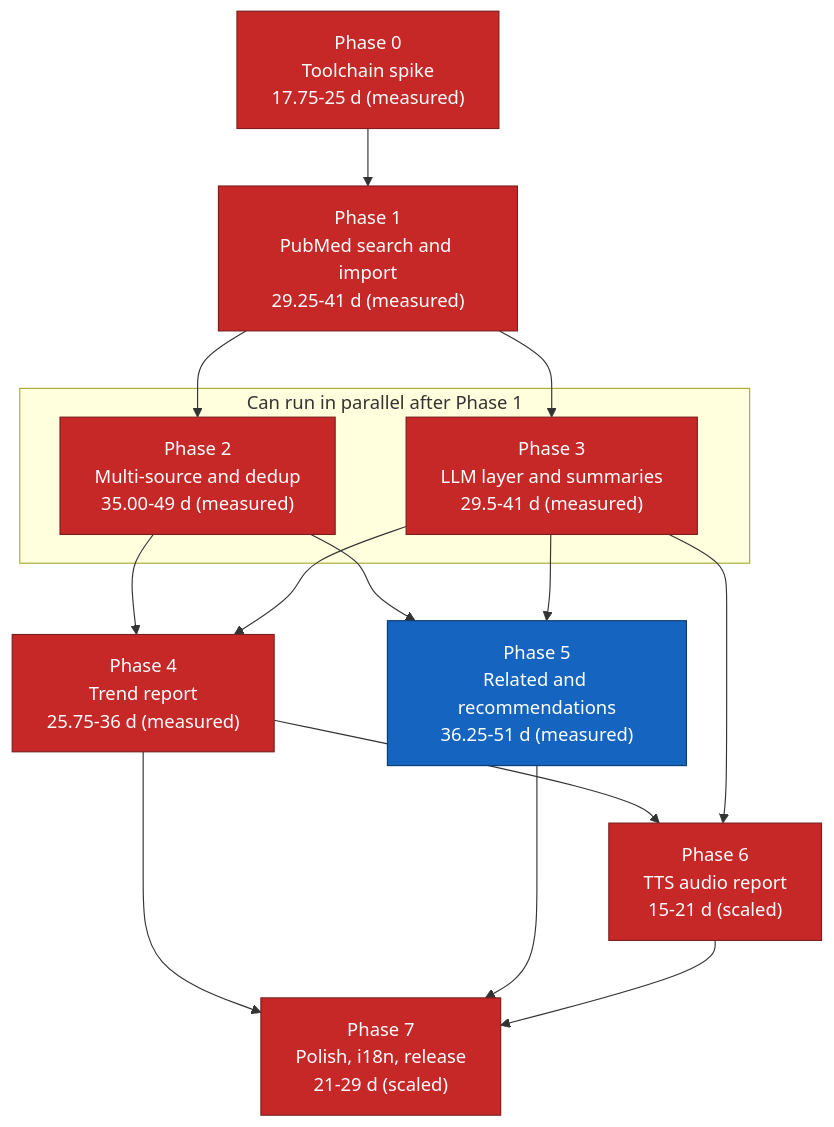
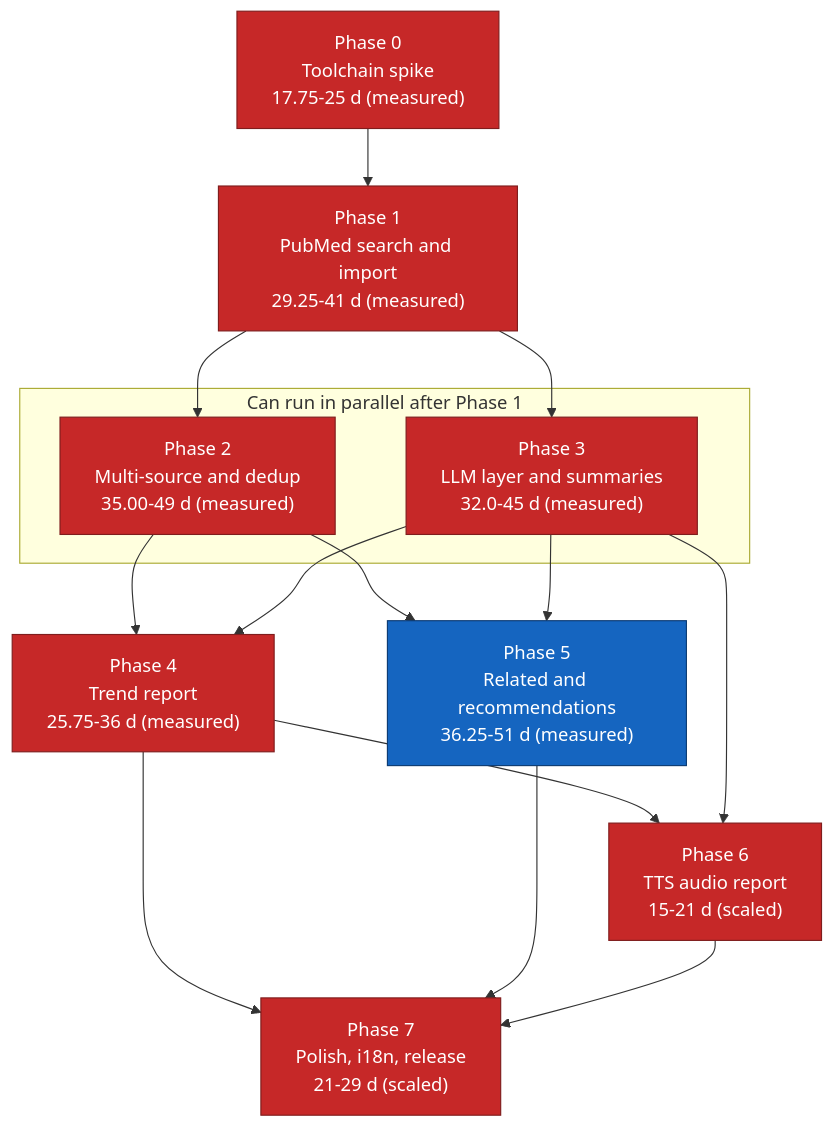
One commit to suppakoko/research_helper changed the diagram in docs/11-implementation-roadmap.md. Above: the diagram before and after it, drawn with Mermaid. The commit also changed other lines of this file and 51 other files, not shown here.

````diff
--- a/docs/11-implementation-roadmap.md
+++ b/docs/11-implementation-roadmap.md
@@ -326,34 +326,34 @@
 ```mermaid
 graph TD
     P0["Phase 0<br/>Toolchain spike<br/>17.75-25 d (measured)"]
     P1["Phase 1<br/>PubMed search and import<br/>29.25-41 d (measured)"]
     P2["Phase 2<br/>Multi-source and dedup<br/>35.00-49 d (measured)"]
-    P3["Phase 3<br/>LLM layer and summaries<br/>29.5-41 d (measured)"]
+    P3["Phase 3<br/>LLM layer and summaries<br/>32.0-45 d (measured)"]
     P4["Phase 4<br/>Trend report<br/>25.75-36 d (measured)"]
     P5["Phase 5<br/>Related and recommendations<br/>36.25-51 d (measured)"]
     P6["Phase 6<br/>TTS audio report<br/>15-21 d (scaled)"]
     P7["Phase 7<br/>Polish, i18n, release<br/>21-29 d (scaled)"]
 
     P0 --> P1
     P1 --> P2
     P1 --> P3
     P2 --> P4
     P3 --> P4
     P2 --> P5
     P3 --> P5
     P4 --> P6
     P3 --> P6
     P4 --> P7
     P5 --> P7
     P6 --> P7
 
     subgraph parallel["Can run in parallel after Phase 1"]
         P2
         P3
     end
 
     classDef critical fill:#c62828,stroke:#7f1d1d,color:#ffffff
     classDef normal fill:#1565c0,stroke:#0d3c73,color:#ffffff
     class P0,P1,P2,P3,P4,P6,P7 critical
     class P5 normal
 ```
````
